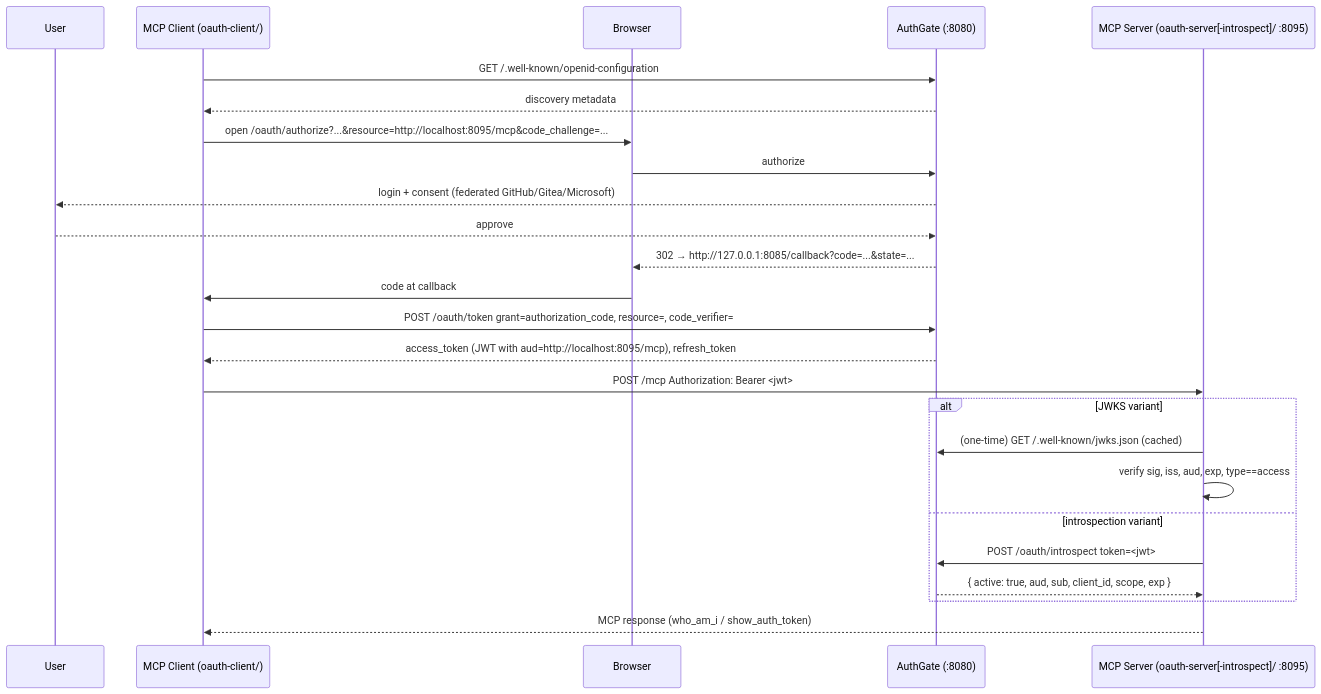
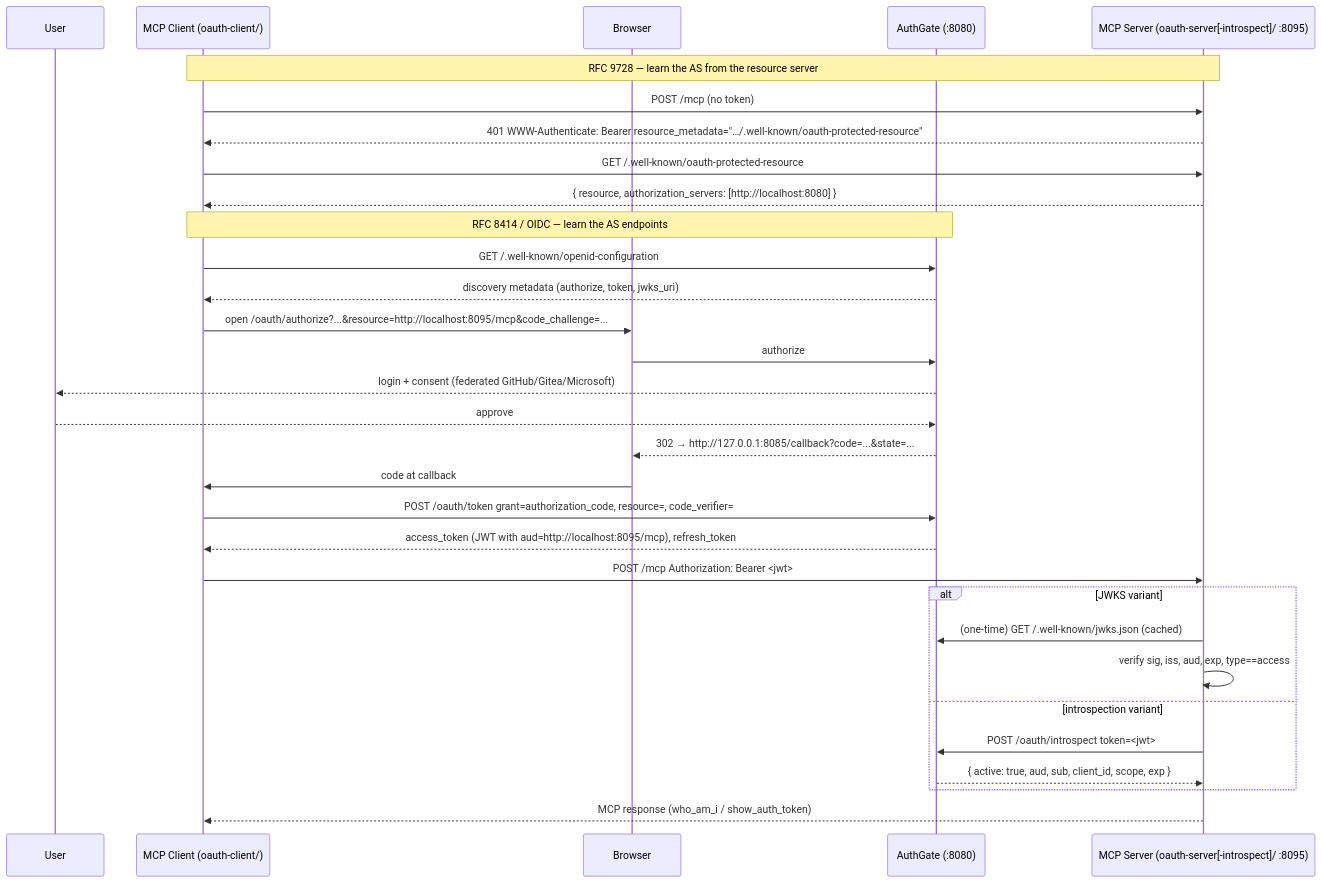
One commit to go-training/mcp-workshop changed the diagram in 03-oauth-mcp/dcr/README.md. Above: the diagram before and after it, drawn with Mermaid. The commit also changed other lines of this file and 1 other file, not shown here.

First line of the commit message:
feat(dcr): discover authorization server via RFC 9728

````diff
--- a/03-oauth-mcp/dcr/README.md
+++ b/03-oauth-mcp/dcr/README.md
@@ -88,28 +97,36 @@
 ```mermaid
 sequenceDiagram
     participant U as User
     participant C as MCP Client (oauth-client/)
     participant B as Browser
     participant A as AuthGate (:8080)
     participant M as MCP Server (oauth-server[-introspect]/ :8095)
 
+    Note over C,M: RFC 9728 — learn the AS from the resource server
+    C->>M: POST /mcp (no token)
+    M-->>C: 401 WWW-Authenticate: Bearer resource_metadata="…/.well-known/oauth-protected-resource"
+    C->>M: GET /.well-known/oauth-protected-resource
+    M-->>C: { resource, authorization_servers: [http://localhost:8080] }
+
+    Note over C,A: RFC 8414 / OIDC — learn the AS endpoints
     C->>A: GET /.well-known/openid-configuration
-    A-->>C: discovery metadata
+    A-->>C: discovery metadata (authorize, token, jwks_uri)
+
     C->>B: open /oauth/authorize?...&resource=http://localhost:8095/mcp&code_challenge=...
     B->>A: authorize
     A-->>U: login + consent (federated GitHub/Gitea/Microsoft)
     U-->>A: approve
     A-->>B: 302 → http://127.0.0.1:8085/callback?code=...&state=...
     B->>C: code at callback
     C->>A: POST /oauth/token grant=authorization_code, resource=, code_verifier=
     A-->>C: access_token (JWT with aud=http://localhost:8095/mcp), refresh_token
     C->>M: POST /mcp Authorization: Bearer <jwt>
     alt JWKS variant
         M->>A: (one-time) GET /.well-known/jwks.json (cached)
         M->>M: verify sig, iss, aud, exp, type==access
     else introspection variant
         M->>A: POST /oauth/introspect token=<jwt>
         A-->>M: { active: true, aud, sub, client_id, scope, exp }
     end
     M-->>C: MCP response (who_am_i / show_auth_token)
 ```
````
